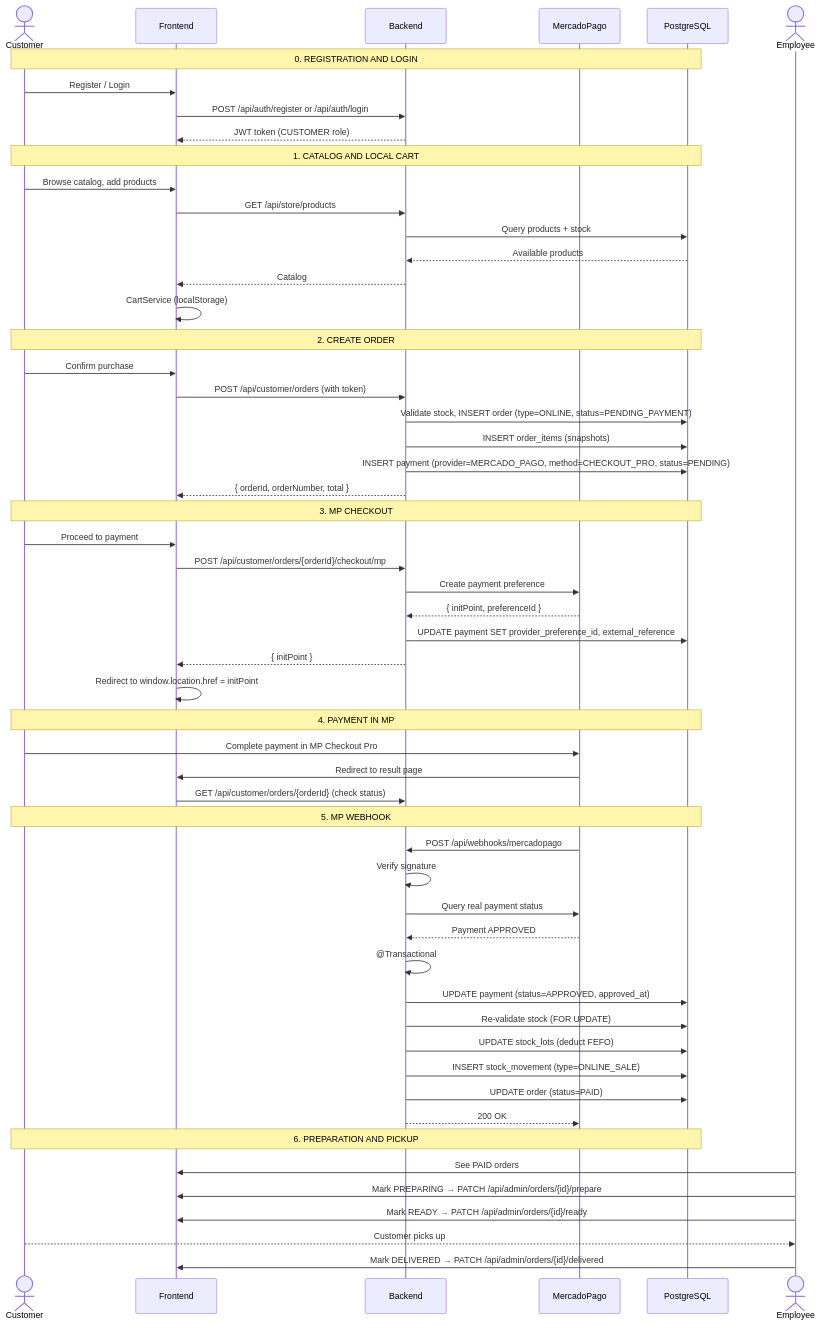
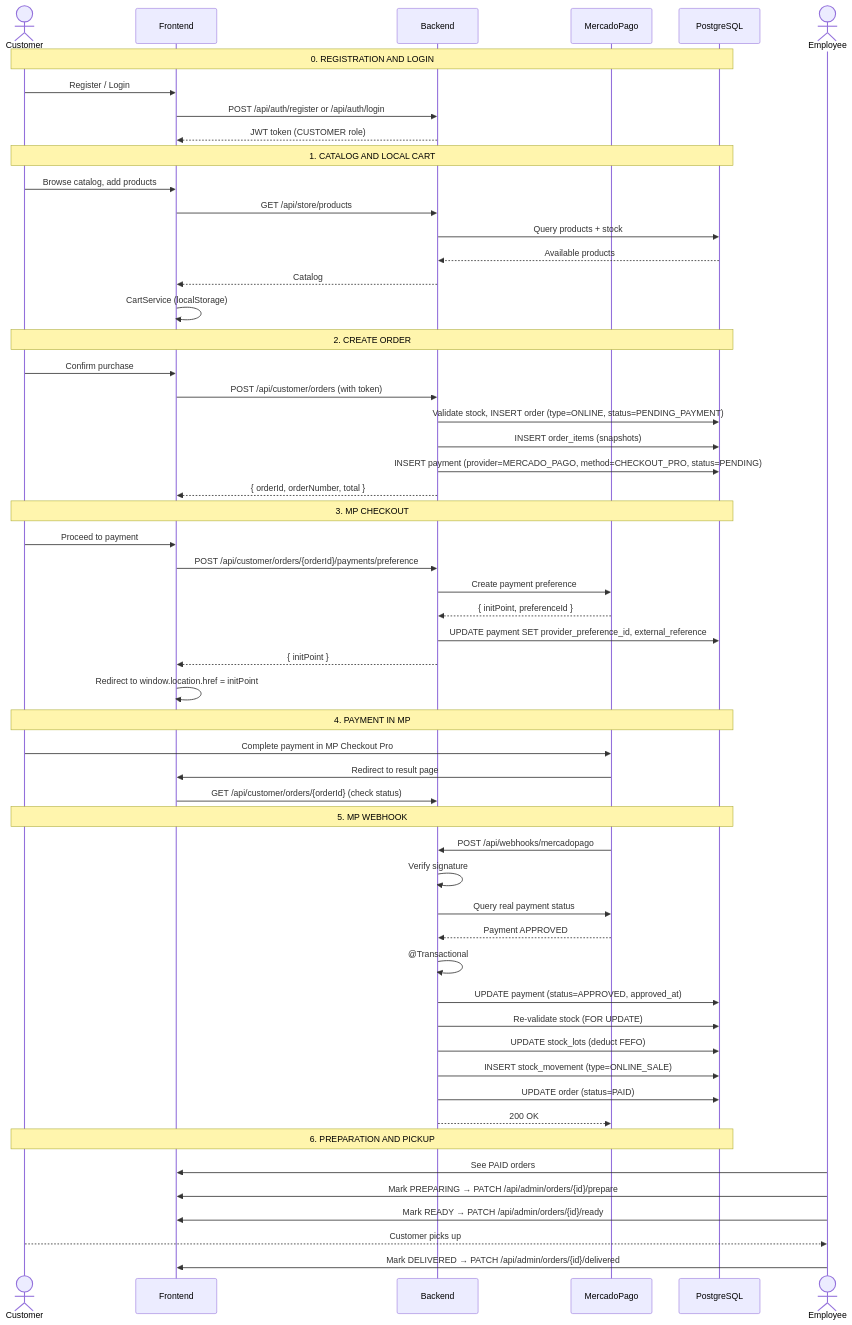
The diagram in docs/04-processes/online-purchase-pickup-flow.md (NachoOsella/lembas), drawn with Mermaid before and after one commit. The commit also changed 36 other files, not shown here.

````diff
--- a/docs/04-processes/online-purchase-pickup-flow.md
+++ b/docs/04-processes/online-purchase-pickup-flow.md
@@ -7,64 +7,64 @@
 ```mermaid
 sequenceDiagram
     actor C as Customer
     participant FE as Frontend
     participant BE as Backend
     participant MP as MercadoPago
     participant DB as PostgreSQL
 
     Note over C,DB: 0. REGISTRATION AND LOGIN
     C->>FE: Register / Login
     FE->>BE: POST /api/auth/register or /api/auth/login
     BE-->>FE: JWT token (CUSTOMER role)
 
     Note over C,DB: 1. CATALOG AND LOCAL CART
     C->>FE: Browse catalog, add products
     FE->>BE: GET /api/store/products
     BE->>DB: Query products + stock
     DB-->>BE: Available products
     BE-->>FE: Catalog
     FE->>FE: CartService (localStorage)
 
     Note over C,DB: 2. CREATE ORDER
     C->>FE: Confirm purchase
     FE->>BE: POST /api/customer/orders (with token)
     BE->>DB: Validate stock, INSERT order (type=ONLINE, status=PENDING_PAYMENT)
     BE->>DB: INSERT order_items (snapshots)
     BE->>DB: INSERT payment (provider=MERCADO_PAGO, method=CHECKOUT_PRO, status=PENDING)
     BE-->>FE: { orderId, orderNumber, total }
 
     Note over C,DB: 3. MP CHECKOUT
     C->>FE: Proceed to payment
-    FE->>BE: POST /api/customer/orders/{orderId}/checkout/mp
+    FE->>BE: POST /api/customer/orders/{orderId}/payments/preference
     BE->>MP: Create payment preference
     MP-->>BE: { initPoint, preferenceId }
     BE->>DB: UPDATE payment SET provider_preference_id, external_reference
     BE-->>FE: { initPoint }
     FE->>FE: Redirect to window.location.href = initPoint
 
     Note over C,DB: 4. PAYMENT IN MP
     C->>MP: Complete payment in MP Checkout Pro
     MP->>FE: Redirect to result page
     FE->>BE: GET /api/customer/orders/{orderId} (check status)
 
     Note over C,DB: 5. MP WEBHOOK
     MP->>BE: POST /api/webhooks/mercadopago
     BE->>BE: Verify signature
     BE->>MP: Query real payment status
     MP-->>BE: Payment APPROVED
     BE->>BE: @Transactional
     BE->>DB: UPDATE payment (status=APPROVED, approved_at)
     BE->>DB: Re-validate stock (FOR UPDATE)
     BE->>DB: UPDATE stock_lots (deduct FEFO)
     BE->>DB: INSERT stock_movement (type=ONLINE_SALE)
     BE->>DB: UPDATE order (status=PAID)
     BE-->>MP: 200 OK
 
     Note over C,DB: 6. PREPARATION AND PICKUP
     actor E as Employee
     E->>FE: See PAID orders
     E->>FE: Mark PREPARING → PATCH /api/admin/orders/{id}/prepare
     E->>FE: Mark READY → PATCH /api/admin/orders/{id}/ready
     C-->>E: Customer picks up
     E->>FE: Mark DELIVERED → PATCH /api/admin/orders/{id}/delivered
 ```
````
